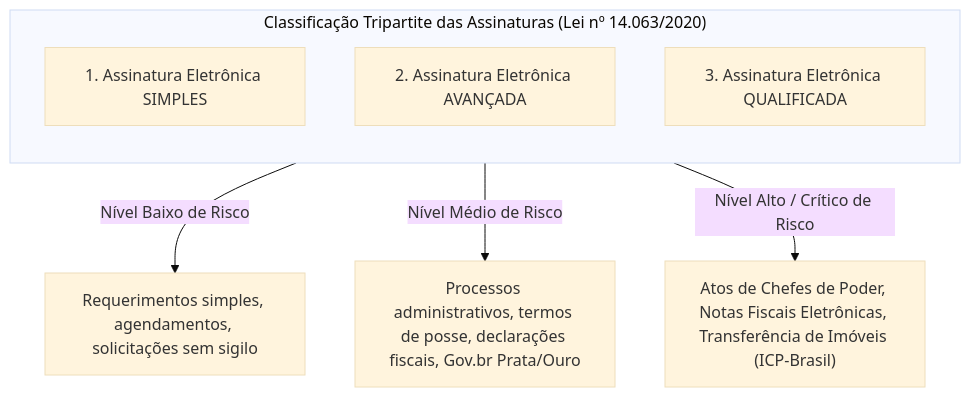
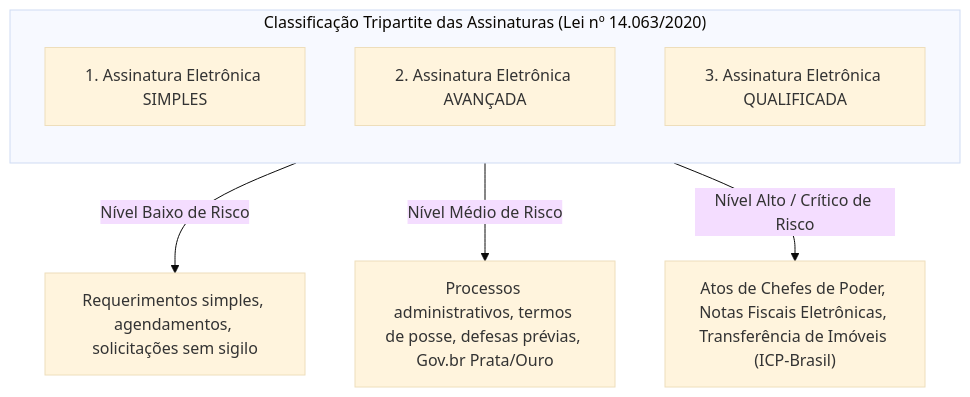
Before and after one commit to thiagosantos346/TCE-GO-2027: the third of 3 diagrams in fontes_de_estudo/conhecimentos_especificos_b02_ti/13_legislacao_aplicada_a_ti/03_seguranca_em_contratacoes_e_certificacao_digital.md, drawn with Mermaid (base theme). The commit also changed other lines of this file and 119 other files, not shown here.

````diff
--- a/fontes_de_estudo/conhecimentos_especificos_b02_ti/13_legislacao_aplicada_a_ti/03_seguranca_em_contratacoes_e_certificacao_digital.md
+++ b/fontes_de_estudo/conhecimentos_especificos_b02_ti/13_legislacao_aplicada_a_ti/03_seguranca_em_contratacoes_e_certificacao_digital.md
@@ -143,13 +130,13 @@
 ```mermaid
 flowchart TD
     subgraph LEI_14063["Classificação Tripartite das Assinaturas (Lei nº 14.063/2020)"]
         direction TB
         AS["1. Assinatura Eletrônica SIMPLES"]
         AA["2. Assinatura Eletrônica AVANÇADA"]
         AQ["3. Assinatura Eletrônica QUALIFICADA"]
     end
     
     AS -->|"Nível Baixo de Risco"| USO_S["Requerimentos simples, agendamentos, solicitações sem sigilo"]
-    AA -->|"Nível Médio de Risco"| USO_A["Processos administrativos, termos de posse, declarações fiscais, Gov.br Prata/Ouro"]
+    AA -->|"Nível Médio de Risco"| USO_A["Processos administrativos, termos de posse, defesas prévias, Gov.br Prata/Ouro"]
     AQ -->|"Nível Alto / Crítico de Risco"| USO_Q["Atos de Chefes de Poder, Notas Fiscais Eletrônicas, Transferência de Imóveis (ICP-Brasil)"]
 ```
````
